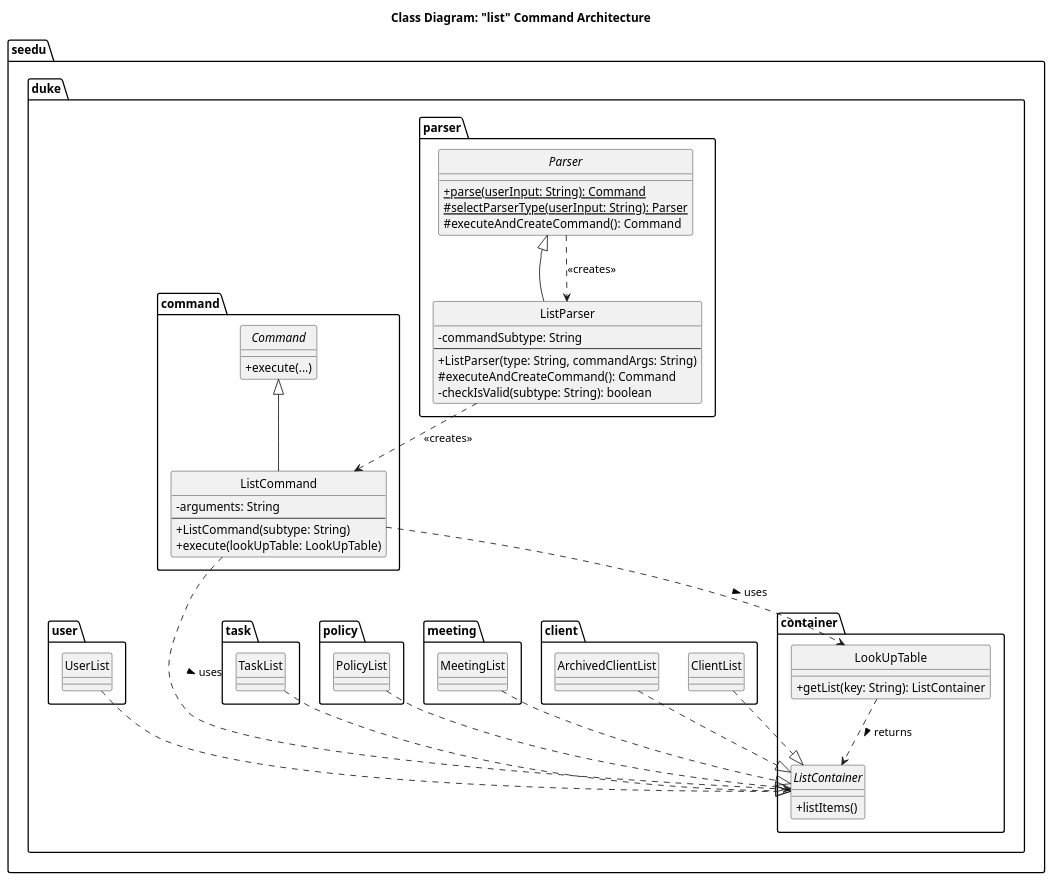
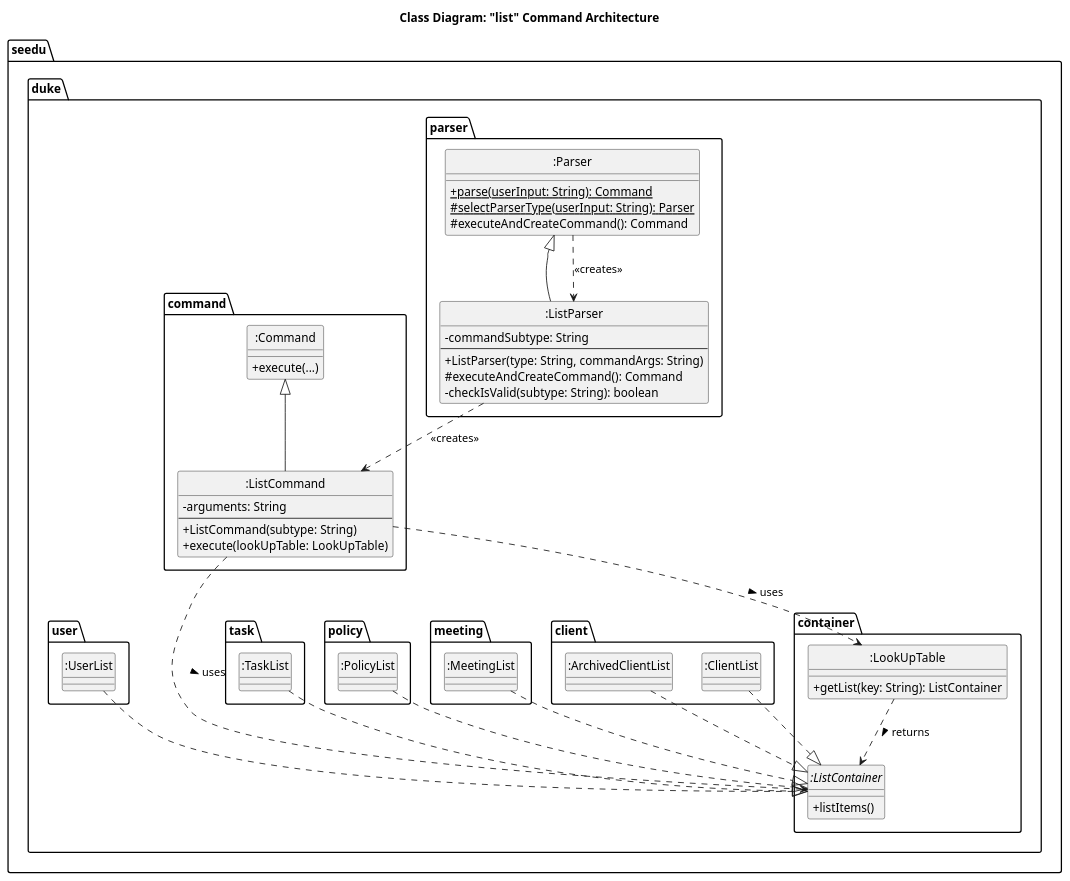
Before and after one commit to ZT712002/tp: the diagram in docs/umldiagrams/list_cd.puml, drawn with PlantUML. The commit also changed 1 other file, not shown here.

Commit message:
Refactor List Class Diagram

```diff
--- a/docs/umldiagrams/list_cd.puml
+++ b/docs/umldiagrams/list_cd.puml
@@ -1,91 +1,91 @@
 @startuml
 title Class Diagram: "list" Command Architecture
 
 skinparam classAttributeIconSize 0
 skinparam classOperationIconSize 0
 skinparam stereotypePosition top
 skinparam interfaceStereotype "interface"
 hide circle
 
 
 
 package seedu.duke.parser {
-    abstract class Parser {
+    class :Parser {
         + {static} parse(userInput: String): Command
         # {static} selectParserType(userInput: String): Parser
         # executeAndCreateCommand(): Command
     }
 
-    class ListParser {
+    class :ListParser {
         - commandSubtype: String
         --
         + ListParser(type: String, commandArgs: String)
         # executeAndCreateCommand(): Command
         - checkIsValid(subtype: String): boolean
     }
 }
 
 package seedu.duke.command {
-    abstract class Command {
+    class :Command {
         + execute(...)
     }
 
-    class ListCommand {
+    class :ListCommand {
         - arguments: String
         --
         + ListCommand(subtype: String)
         + execute(lookUpTable: LookUpTable)
     }
 }
 
 package seedu.duke.container {
-    interface ListContainer {
+    interface :ListContainer {
         + listItems()
         ' Other methods omitted for clarity
     }
 
-    class LookUpTable {
+    class :LookUpTable {
         + getList(key: String): ListContainer
     }
 }
 
 ' Concrete ListContainer implementations
 package seedu.duke.client {
-    class ClientList
-    class ArchivedClientList
+    class :ClientList
+    class :ArchivedClientList
 }
 package seedu.duke.meeting {
-    class MeetingList
+    class :MeetingList
 }
 package seedu.duke.policy {
-    class PolicyList
+    class :PolicyList
 }
 package seedu.duke.task {
-    class TaskList
+    class :TaskList
 }
 package seedu.duke.user {
-    class UserList
+    class :UserList
 }
 
 
 
 ' Inheritance
-Parser <|-- ListParser
-Command <|-- ListCommand
+":Parser" <|-- ":ListParser"
+":Command" <|-- ":ListCommand"
 
 ' Implementation
-ClientList ..|> ListContainer
-ArchivedClientList ..|> ListContainer
-MeetingList ..|> ListContainer
-PolicyList ..|> ListContainer
-TaskList ..|> ListContainer
-UserList ..|> ListContainer
+":ClientList" ..|> ":ListContainer"
+":ArchivedClientList" ..|> ":ListContainer"
+":MeetingList" ..|> ":ListContainer"
+":PolicyList" ..|> ":ListContainer"
+":TaskList" ..|> ":ListContainer"
+":UserList" ..|> ":ListContainer"
 
 ' Dependency
-Parser ..> ListParser : <<creates>>
-ListParser ..> ListCommand : <<creates>>
-ListCommand ..> LookUpTable : uses >
-ListCommand ..> ListContainer : uses >
-LookUpTable ..> ListContainer : returns >
+":Parser" ..> ":ListParser" : <<creates>>
+":ListParser" ..> ":ListCommand" : <<creates>>
+":ListCommand" ..> ":LookUpTable" : uses >
+":ListCommand" ..> ":ListContainer" : uses >
+":LookUpTable" ..> ":ListContainer" : returns >
 
 @enduml
```
